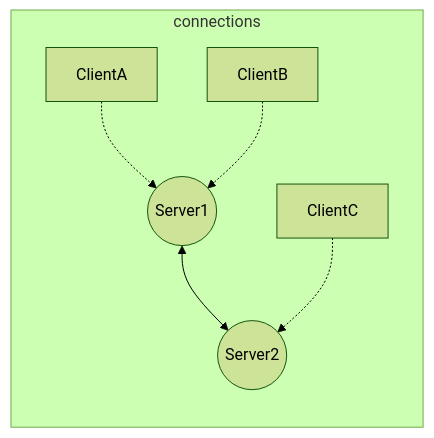
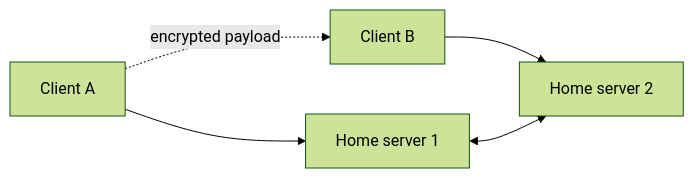
One commit to xioFelix/UofA_2024_COMP3307_SP_OlafChat changed the diagram in README.md. Above: the diagram before and after it, drawn with Mermaid (forest theme). The commit also changed other lines of this file and 2 other files, not shown here.

````diff
--- a/README.md
+++ b/README.md
@@ -112,9 +73,7 @@
 ```mermaid
-graph LR;
-subgraph connections
-A[ClientA] -.-> B((Server1));
-C[ClientB] -.-> B;
-B <--> D((Server2));
-E[ClientC] -.-> D;
-end
+flowchart LR
+  A[Client A] --> S1[Home server 1]
+  B[Client B] --> S2[Home server 2]
+  S1 <--> S2
+  A -. encrypted payload .-> B
 ```
````
